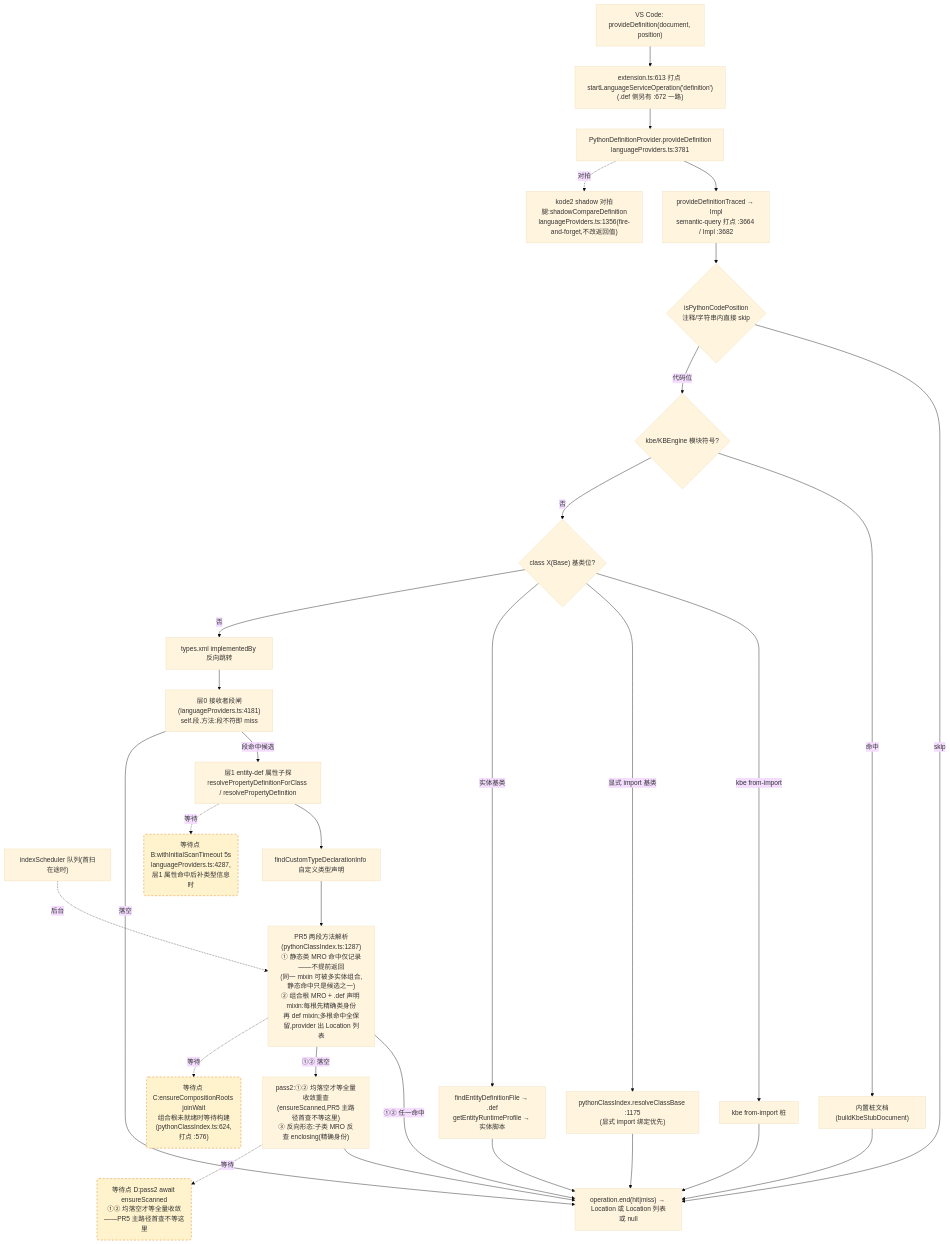
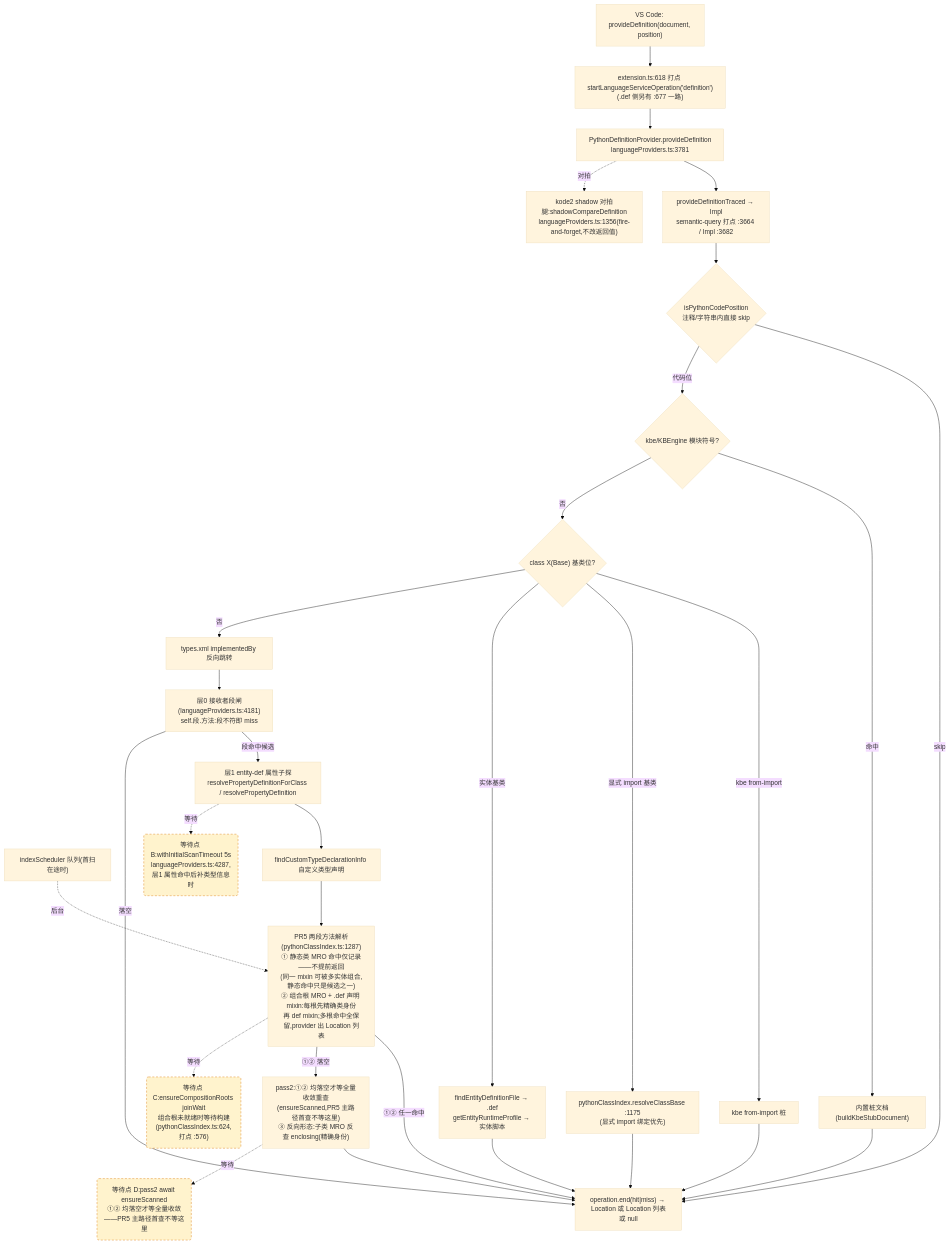
One commit to cuihairu/kode changed the second of 4 diagrams in docs/perf/2026-baseline.md. Above: the diagram before and after it, drawn with Mermaid (base theme). The commit also changed other lines of this file and 4 other files, not shown here.

````diff
--- a/docs/perf/2026-baseline.md
+++ b/docs/perf/2026-baseline.md
@@ -130,51 +130,51 @@
 ```mermaid
 flowchart TD
   VC2["VS Code: provideDefinition(document, position)"]
-  M2["extension.ts:613 打点 startLanguageServiceOperation('definition')<br/>(.def 侧另有 :672 一路)"]
+  M2["extension.ts:618 打点 startLanguageServiceOperation('definition')<br/>(.def 侧另有 :677 一路)"]
   AD2["PythonDefinitionProvider.provideDefinition<br/>languageProviders.ts:3781"]
   TR["provideDefinitionTraced → Impl<br/>semantic-query 打点 :3664 / Impl :3682"]
   CTX{"isPythonCodePosition<br/>注释/字符串内直接 skip"}
   KBE{"kbe/KBEngine 模块符号?"}
   STUB["内置桩文档(buildKbeStubDocument)"]
   CB{"class X(Base) 基类位?"}
   CB1["kbe from-import 桩"]
   CB2["pythonClassIndex.resolveClassBase :1175<br/>(显式 import 绑定优先)"]
   CB3["findEntityDefinitionFile → .def<br/>getEntityRuntimeProfile → 实体脚本"]
   REV["types.xml implementedBy 反向跳转"]
   L0["层0 接收者段闸(languageProviders.ts:4181)<br/>self.段.方法:段不符即 miss"]
   L1["层1 entity-def 属性子探<br/>resolvePropertyDefinitionForClass / resolvePropertyDefinition"]
   SCAN["indexScheduler 队列(首扫在途时)"]
   TY["findCustomTypeDeclarationInfo 自定义类型声明"]
   MRO["PR5 两段方法解析(pythonClassIndex.ts:1287)<br/>① 静态类 MRO 命中仅记录——不提前返回<br/>(同一 mixin 可被多实体组合,静态命中只是候选之一)<br/>② 组合根 MRO + .def 声明 mixin:每根先精确类身份<br/>再 def mixin;多根命中全保留,provider 出 Location 列表"]
   PASS2["pass2:①② 均落空才等全量收敛重查<br/>(ensureScanned,PR5 主路径首查不等这里)<br/>③ 反向形态:子类 MRO 反查 enclosing(精确身份)"]
   SHD["kode2 shadow 对拍腿:shadowCompareDefinition<br/>languageProviders.ts:1356(fire-and-forget,不改返回值)"]
   END2["operation.end(hit|miss) → Location 或 Location 列表或 null"]
 
   VC2 --> M2 --> AD2 --> TR --> CTX
   CTX -- "skip" --> END2
   CTX -- "代码位" --> KBE
   KBE -- "命中" --> STUB --> END2
   KBE -- "否" --> CB
   CB -- "kbe from-import" --> CB1 --> END2
   CB -- "显式 import 基类" --> CB2 --> END2
   CB -- "实体基类" --> CB3 --> END2
   CB -- "否" --> REV --> L0
   L0 -- "段命中候选" --> L1
   L0 -- "落空" --> END2
   L1 --> TY
   TY --> MRO
   MRO -- "①② 任一命中" --> END2
   MRO -- "①② 落空" --> PASS2 --> END2
   AD2 -.->|对拍| SHD
 
   WAITB("等待点 B:withInitialScanTimeout 5s<br/>languageProviders.ts:4287,层1 属性命中后补类型信息时")
   WAITC("等待点 C:ensureCompositionRoots joinWait<br/>组合根未就绪时等待构建(pythonClassIndex.ts:624,打点 :576)")
   WAITD("等待点 D:pass2 await ensureScanned<br/>①② 均落空才等全量收敛——PR5 主路径首查不等这里")
   L1 -.->|等待| WAITB
   MRO -.->|等待| WAITC
   PASS2 -.->|等待| WAITD
   SCAN -.->|后台| MRO
 
   classDef waitPoint fill:#fff3cd,stroke:#d97706,stroke-dasharray:5 4;
   class WAITB,WAITC,WAITD waitPoint;
 ```
````
